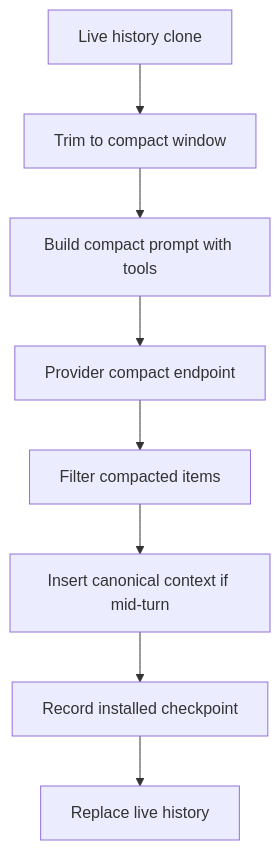
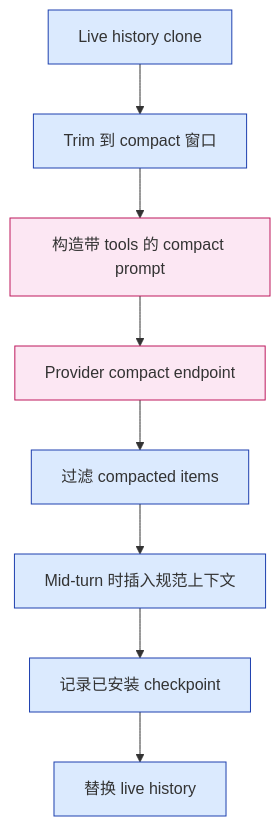
One commit to WineChord/books changed the second of 2 diagrams in docs/zh/codex-context-management/chapter-06.md. Above: the diagram before and after it, drawn with Mermaid. The commit also changed other lines of this file and 21 other files, not shown here.

````diff
--- a/docs/zh/codex-context-management/chapter-06.md
+++ b/docs/zh/codex-context-management/chapter-06.md
@@ -65,10 +110,14 @@
 ```mermaid
 graph TD
-  A[Live history clone] --> B[Trim to compact window]
-  B --> C[Build compact prompt with tools]
+  A[Live history clone] --> B[Trim 到 compact 窗口]
+  B --> C[构造带 tools 的 compact prompt]
   C --> D[Provider compact endpoint]
-  D --> E[Filter compacted items]
-  E --> F[Insert canonical context if mid-turn]
-  F --> G[Record installed checkpoint]
-  G --> H[Replace live history]
+  D --> E[过滤 compacted items]
+  E --> F[Mid-turn 时插入规范上下文]
+  F --> G[记录已安装 checkpoint]
+  G --> H[替换 live history]
+  classDef provider fill:#fce7f3,stroke:#be185d;
+  classDef local fill:#dbeafe,stroke:#1e40af;
+  class C,D provider;
+  class A,B,E,F,G,H local;
 ```
````
